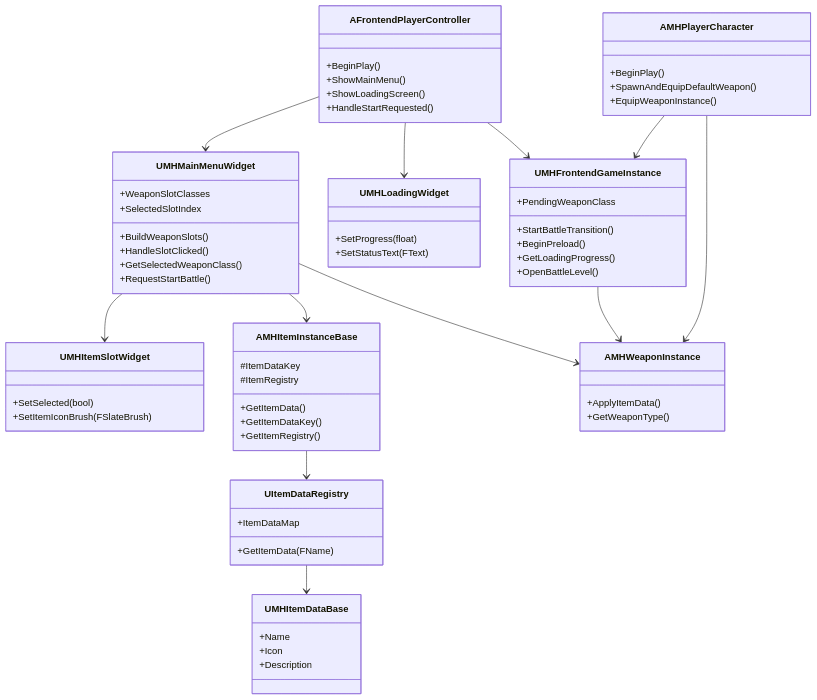
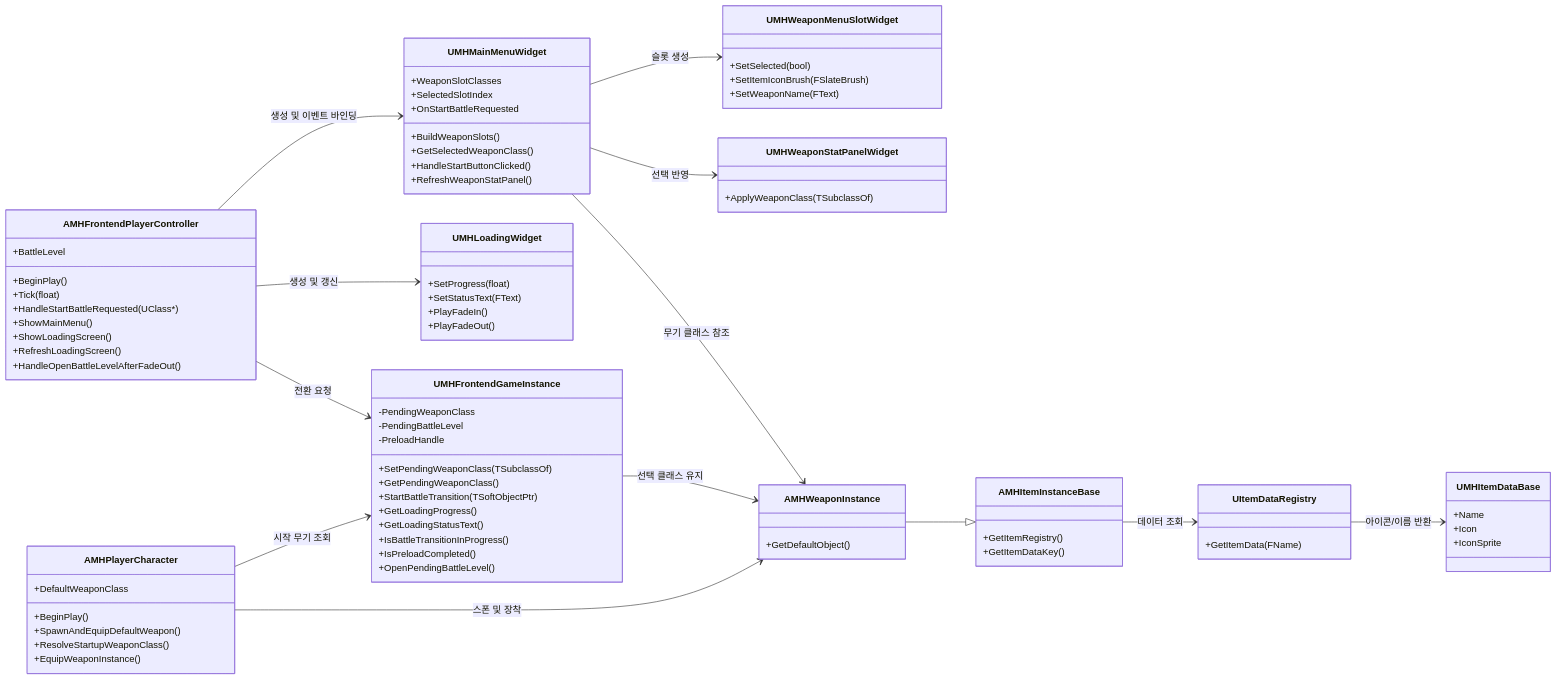
The first of 7 diagrams in Docs/Frontend_Menu_Loading_UML.md (Username-YMIR/ProjectMHW), drawn with Mermaid before and after one commit. The commit also changed other lines of this file and 13 other files, not shown here.

````diff
--- a/Docs/Frontend_Menu_Loading_UML.md
+++ b/Docs/Frontend_Menu_Loading_UML.md
@@ -4,78 +4,96 @@
 ```mermaid
 classDiagram
-    class AFrontendPlayerController {
+    direction LR
+
+    class AMHFrontendPlayerController {
         +BeginPlay()
+        +Tick(float)
+        +HandleStartBattleRequested(UClass*)
         +ShowMainMenu()
         +ShowLoadingScreen()
-        +HandleStartRequested()
+        +RefreshLoadingScreen()
+        +HandleOpenBattleLevelAfterFadeOut()
+        +BattleLevel
     }
 
     class UMHMainMenuWidget {
         +WeaponSlotClasses
         +SelectedSlotIndex
+        +OnStartBattleRequested
         +BuildWeaponSlots()
-        +HandleSlotClicked()
         +GetSelectedWeaponClass()
-        +RequestStartBattle()
+        +HandleStartButtonClicked()
+        +RefreshWeaponStatPanel()
     }
 
-    class UMHItemSlotWidget {
+    class UMHWeaponMenuSlotWidget {
         +SetSelected(bool)
         +SetItemIconBrush(FSlateBrush)
+        +SetWeaponName(FText)
+    }
+
+    class UMHWeaponStatPanelWidget {
+        +ApplyWeaponClass(TSubclassOf)
     }
 
     class UMHLoadingWidget {
         +SetProgress(float)
         +SetStatusText(FText)
+        +PlayFadeIn()
+        +PlayFadeOut()
     }
 
     class UMHFrontendGameInstance {
-        +PendingWeaponClass
-        +StartBattleTransition()
-        +BeginPreload()
+        +SetPendingWeaponClass(TSubclassOf)
+        +GetPendingWeaponClass()
+        +StartBattleTransition(TSoftObjectPtr)
         +GetLoadingProgress()
-        +OpenBattleLevel()
+        +GetLoadingStatusText()
+        +IsBattleTransitionInProgress()
+        +IsPreloadCompleted()
+        +OpenPendingBattleLevel()
+        -PendingWeaponClass
+        -PendingBattleLevel
+        -PreloadHandle
+    }
+
+    class AMHWeaponInstance {
+        +GetDefaultObject()
     }
 
     class AMHItemInstanceBase {
-        #ItemDataKey
-        #ItemRegistry
-        +GetItemData()
+        +GetItemRegistry()
         +GetItemDataKey()
-        +GetItemRegistry()
+    }
+
+    class UItemDataRegistry {
+        +GetItemData(FName)
     }
 
     class UMHItemDataBase {
         +Name
         +Icon
-        +Description
-    }
-
-    class UItemDataRegistry {
-        +ItemDataMap
-        +GetItemData(FName)
-    }
-
-    class AMHWeaponInstance {
-        +ApplyItemData()
-        +GetWeaponType()
+        +IconSprite
     }
 
     class AMHPlayerCharacter {
         +BeginPlay()
         +SpawnAndEquipDefaultWeapon()
+        +ResolveStartupWeaponClass()
         +EquipWeaponInstance()
+        +DefaultWeaponClass
     }
 
-    AFrontendPlayerController --> UMHMainMenuWidget
-    AFrontendPlayerController --> UMHLoadingWidget
-    AFrontendPlayerController --> UMHFrontendGameInstance
-    UMHMainMenuWidget --> UMHItemSlotWidget
-    UMHMainMenuWidget --> AMHWeaponInstance
-    UMHMainMenuWidget --> AMHItemInstanceBase
-    AMHItemInstanceBase --> UItemDataRegistry
-    UItemDataRegistry --> UMHItemDataBase
-    UMHFrontendGameInstance --> AMHWeaponInstance
-    AMHPlayerCharacter --> AMHWeaponInstance
-    AMHPlayerCharacter --> UMHFrontendGameInstance
+    AMHFrontendPlayerController --> UMHMainMenuWidget : 생성 및 이벤트 바인딩
+    AMHFrontendPlayerController --> UMHLoadingWidget : 생성 및 갱신
+    AMHFrontendPlayerController --> UMHFrontendGameInstance : 전환 요청
+    UMHMainMenuWidget --> UMHWeaponMenuSlotWidget : 슬롯 생성
+    UMHMainMenuWidget --> UMHWeaponStatPanelWidget : 선택 반영
+    UMHMainMenuWidget --> AMHWeaponInstance : 무기 클래스 참조
+    AMHWeaponInstance --|> AMHItemInstanceBase
+    AMHItemInstanceBase --> UItemDataRegistry : 데이터 조회
+    UItemDataRegistry --> UMHItemDataBase : 아이콘/이름 반환
+    UMHFrontendGameInstance --> AMHWeaponInstance : 선택 클래스 유지
+    AMHPlayerCharacter --> UMHFrontendGameInstance : 시작 무기 조회
+    AMHPlayerCharacter --> AMHWeaponInstance : 스폰 및 장착
 ```
````
